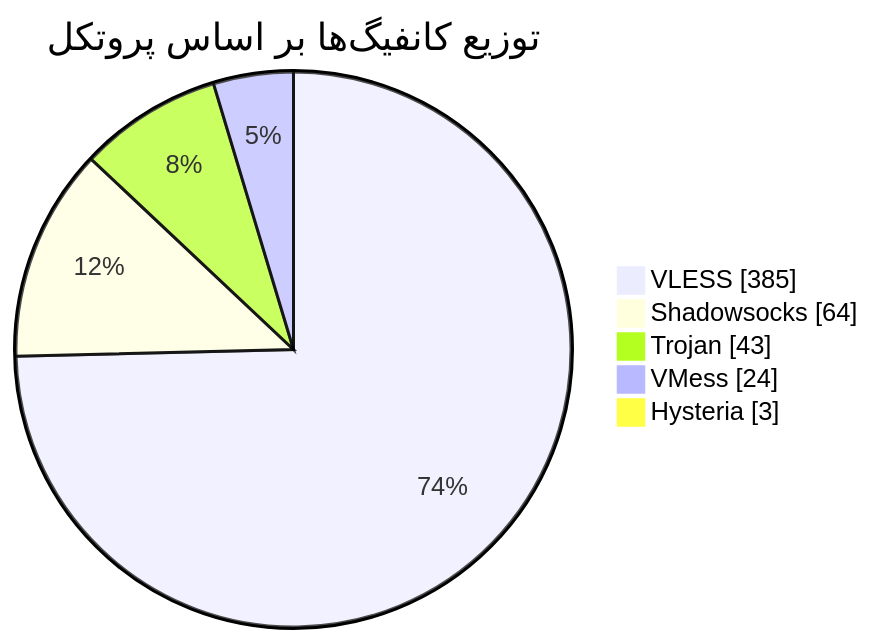
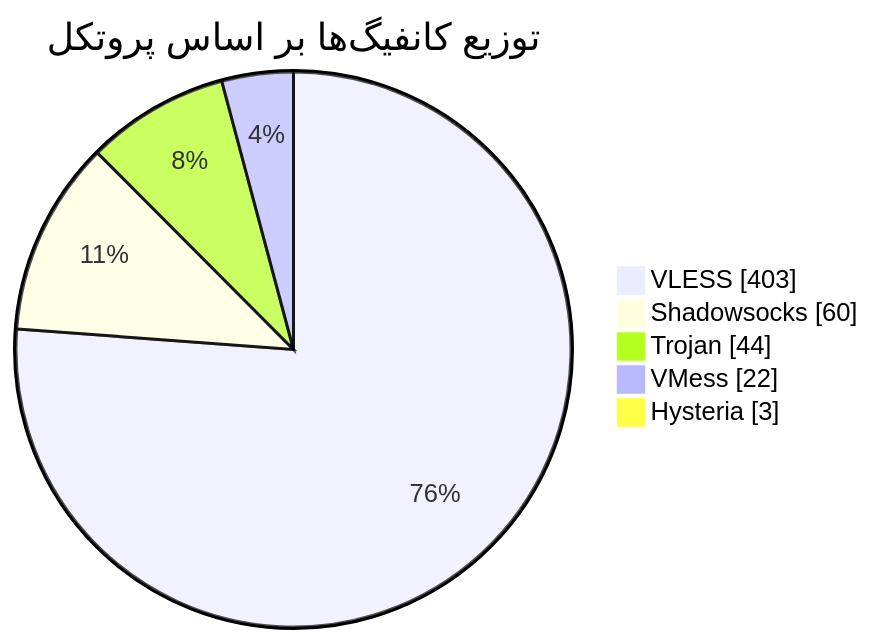
Before and after one commit to Arian-Alijani/Somthing: the diagram in README.md, drawn with Mermaid. The commit also changed other lines of this file and 83 other files, not shown here.

````diff
--- a/README.md
+++ b/README.md
@@ -47,9 +47,9 @@
 ```mermaid
 pie showData
     title توزیع کانفیگ‌ها بر اساس پروتکل
-    "VLESS" : 385
-    "Shadowsocks" : 64
-    "Trojan" : 43
-    "VMess" : 24
+    "VLESS" : 403
+    "Shadowsocks" : 60
+    "Trojan" : 44
+    "VMess" : 22
     "Hysteria" : 3
 ```
````
